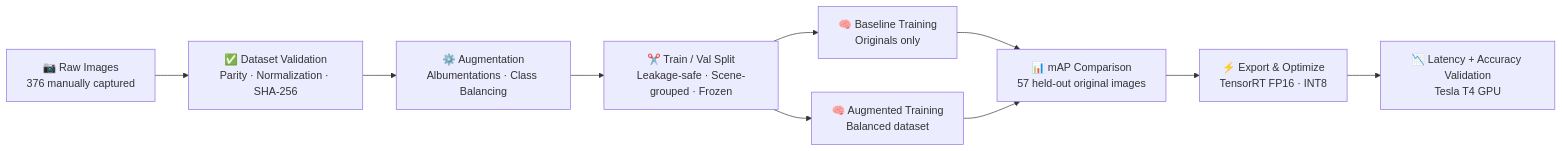
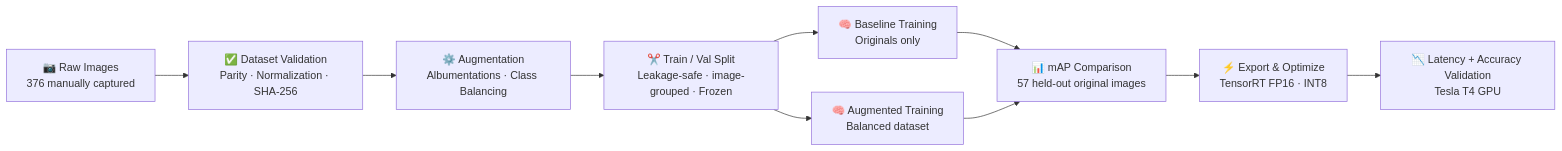
Before and after one commit to Demerdashh/bigcola-bottles-quality-control: the diagram in README.md, drawn with Mermaid. The commit also changed other lines of this file, not shown here.

First line of the commit message:
Clarify evaluation protocol and train/val split

````diff
--- a/README.md
+++ b/README.md
@@ -58,12 +58,12 @@
 ```mermaid
 flowchart LR
     A[📷 Raw Images\n376 manually captured] --> B[✅ Dataset Validation\nParity · Normalization · SHA-256]
     B --> C[⚙️ Augmentation\nAlbumentations · Class Balancing]
-    C --> D[✂️ Train / Val Split\nLeakage-safe · Scene-grouped · Frozen]
+    C --> D[✂️ Train / Val Split\nLeakage-safe · image-grouped · Frozen]
     D --> E[🧠 Baseline Training\nOriginals only]
     D --> F[🧠 Augmented Training\nBalanced dataset]
     E --> G[📊 mAP Comparison\n57 held-out original images]
     F --> G
     G --> I[⚡ Export & Optimize\nTensorRT FP16 · INT8]
     I --> J[📉 Latency + Accuracy Validation\nTesla T4 GPU]
 ```
````
